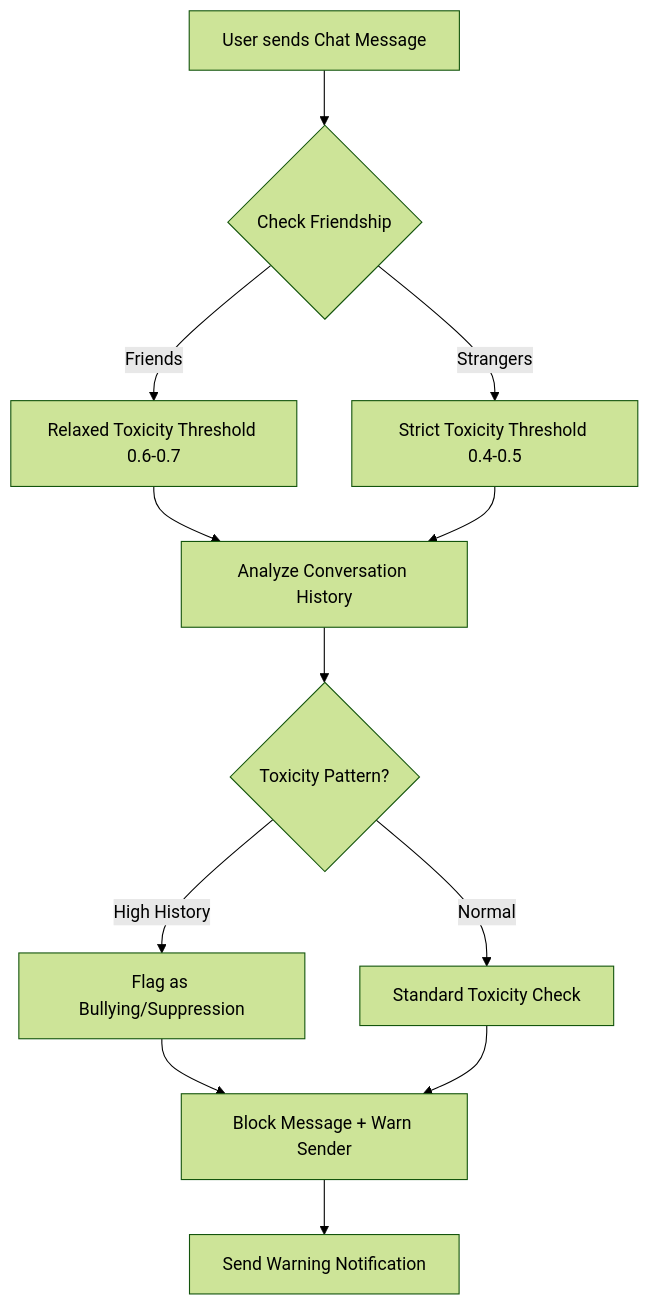
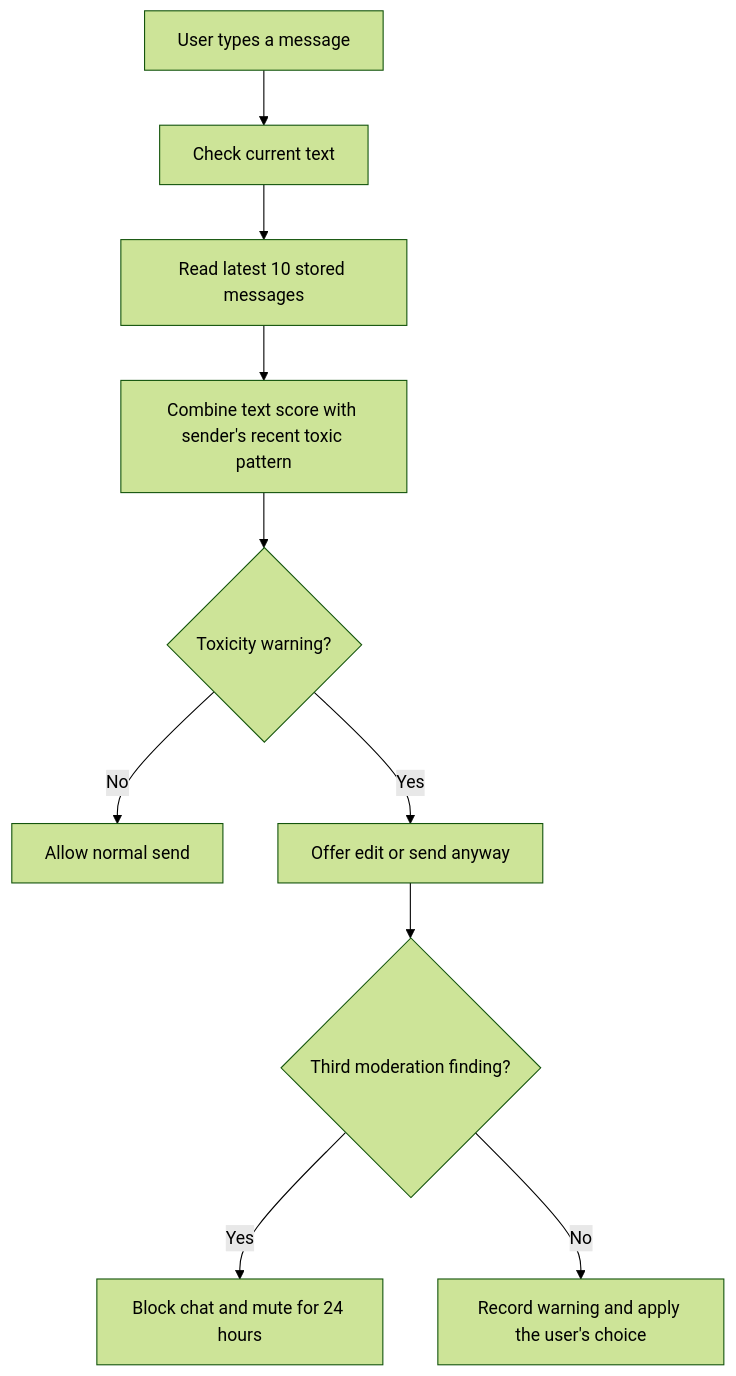
The second of 2 diagrams in README.md (astha1504/Cyberbully-and-toxic-comment-detector), drawn with Mermaid (forest theme) before and after one commit. The commit also changed other lines of this file and 56 other files, not shown here.

First line of the commit message:
feat: Enhance user profile and registration error handling, add live toxicity hint component

````diff
--- a/README.md
+++ b/README.md
@@ -31,14 +31,12 @@
 ```mermaid
 graph TD
-    K[User sends Chat Message] --> L{Check Friendship}
-    L -->|Friends| M[Relaxed Toxicity Threshold 0.6-0.7]
-    L -->|Strangers| N[Strict Toxicity Threshold 0.4-0.5]
-    M --> O[Analyze Conversation History]
-    N --> O
-    O --> P{Toxicity Pattern?}
-    P -->|High History| Q[Flag as Bullying/Suppression]
-    P -->|Normal| R[Standard Toxicity Check]
-    Q --> S[Block Message + Warn Sender]
-    R --> S
-    S --> T[Send Warning Notification]
+    K[User types a message] --> L[Check current text]
+    L --> M[Read latest 10 stored messages]
+    M --> N[Combine text score with sender's recent toxic pattern]
+    N --> O{Toxicity warning?}
+    O -->|No| P[Allow normal send]
+    O -->|Yes| Q[Offer edit or send anyway]
+    Q --> R{Third moderation finding?}
+    R -->|Yes| S[Block chat and mute for 24 hours]
+    R -->|No| T[Record warning and apply the user's choice]
 ```
````
